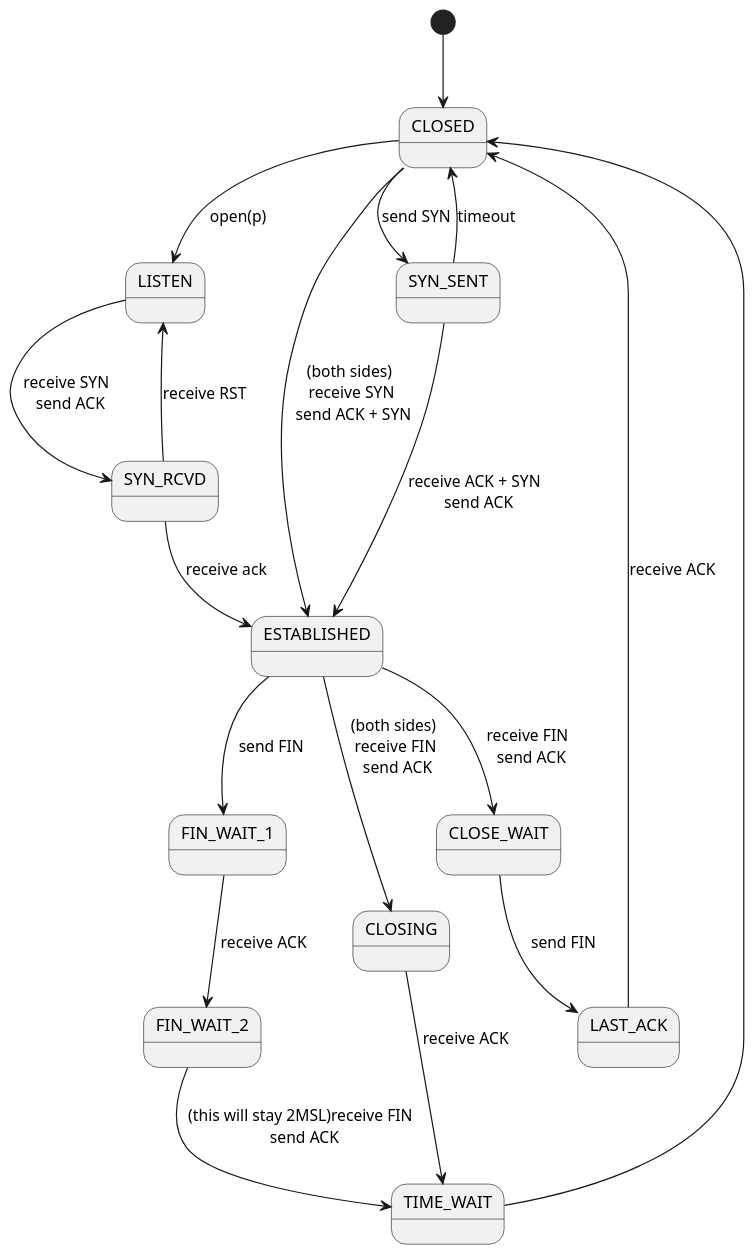
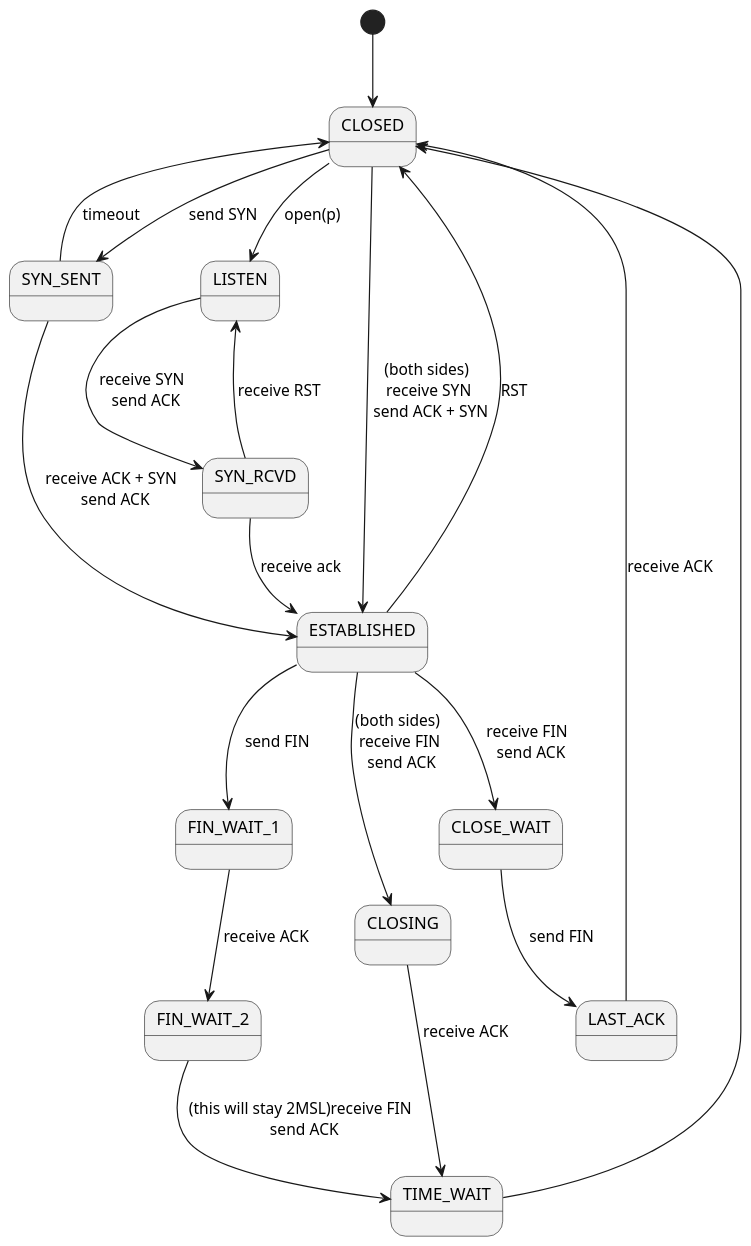
The diagram in tcp/dot/tcp_state.puml (fengyfei/wizard), drawn with PlantUML before and after one commit. The commit also changed 3 other files, not shown here.

```diff
--- a/tcp/dot/tcp_state.puml
+++ b/tcp/dot/tcp_state.puml
@@ -1,29 +1,31 @@
 @startuml
 scale 800 width
 
 [*] --> CLOSED
 CLOSED --> LISTEN : open(p)
 CLOSED --> ESTABLISHED : (both sides) \n receive SYN \n send ACK + SYN
 CLOSED --> SYN_SENT : send SYN
 SYN_SENT --> CLOSED : timeout
 
 SYN_SENT --> ESTABLISHED : receive ACK + SYN \n send ACK
 LISTEN --> SYN_RCVD : receive SYN \n send ACK
 SYN_RCVD --> ESTABLISHED : receive ack
 
 SYN_RCVD --> LISTEN : receive RST
 
 ESTABLISHED --> CLOSE_WAIT : receive FIN \n send ACK
 CLOSE_WAIT --> LAST_ACK : send FIN
 LAST_ACK --> CLOSED : receive ACK
 
+ESTABLISHED --> CLOSED : RST
+
 ESTABLISHED --> FIN_WAIT_1 : send FIN
 FIN_WAIT_1 --> FIN_WAIT_2 : receive ACK
 FIN_WAIT_2 --> TIME_WAIT : (this will stay 2MSL)receive FIN \n send ACK
 
 ESTABLISHED --> CLOSING : (both sides) \n receive FIN \n send ACK
 CLOSING --> TIME_WAIT : receive ACK
 TIME_WAIT --> CLOSED
 
 
 @enduml
```
